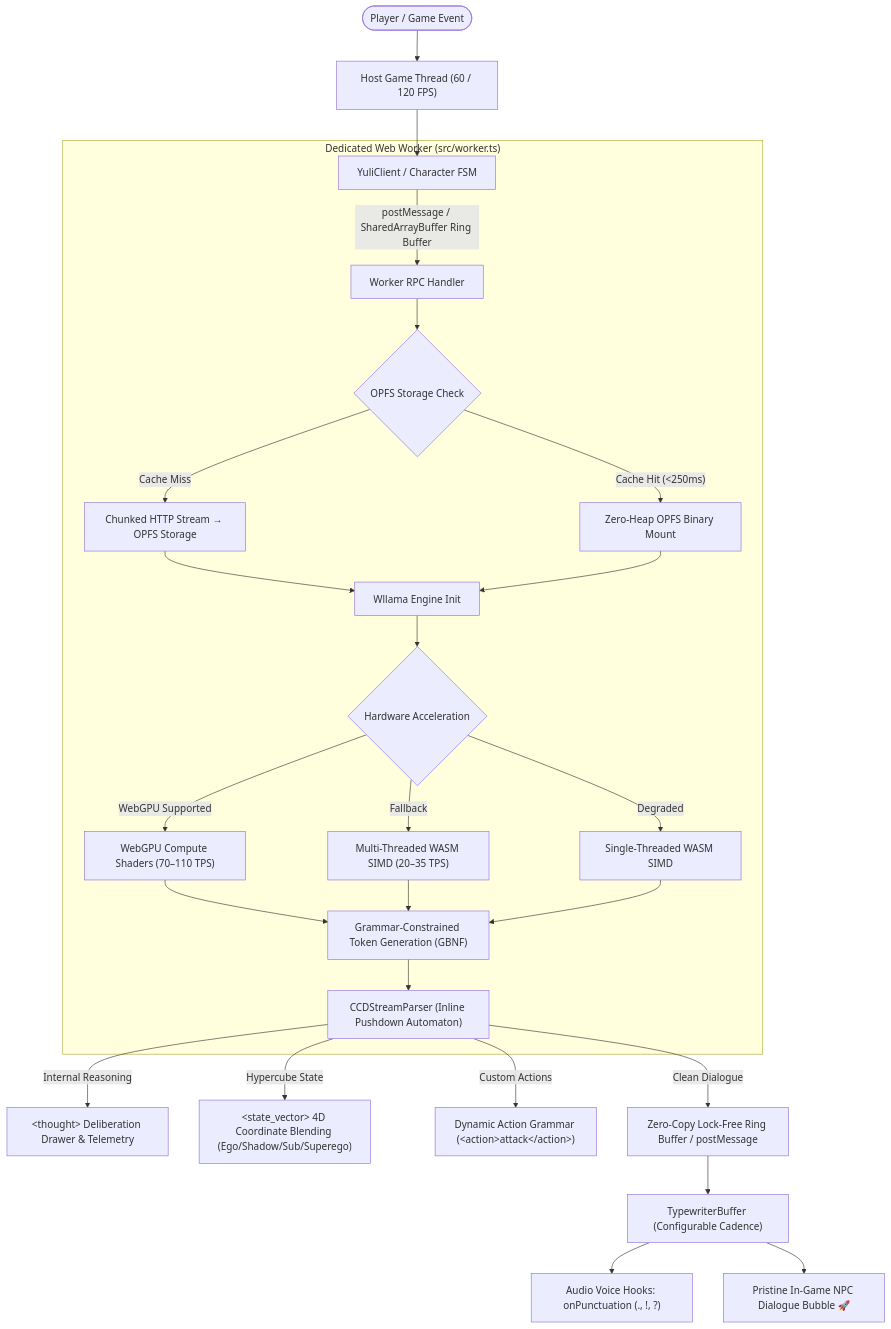
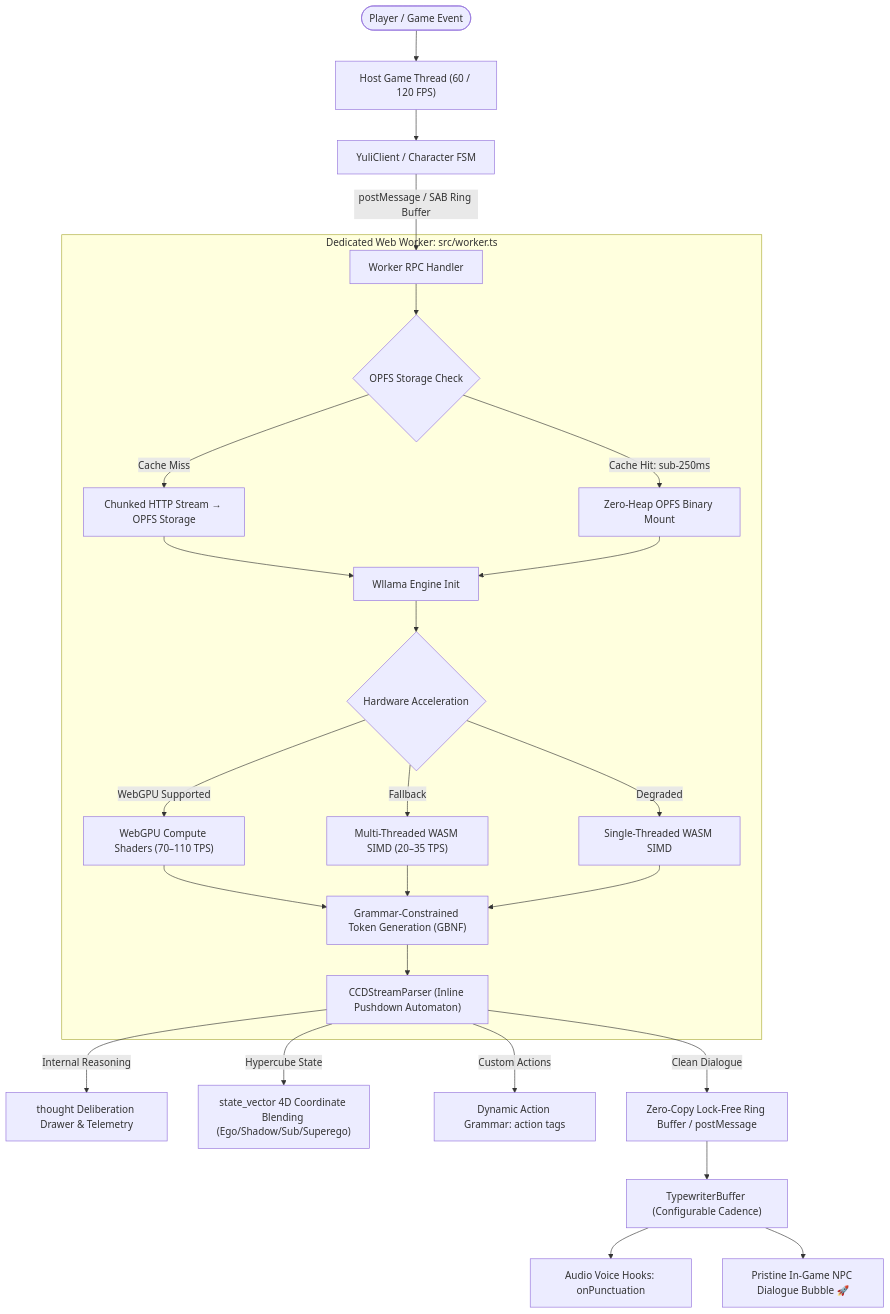
One commit to hoytnix/Yuli-Web changed the diagram in README.md. Above: the diagram before and after it, drawn with Mermaid.

Commit message:
fix(docs): restructure Mermaid graph to resolve GitHub rendering error

````diff
--- a/README.md
+++ b/README.md
@@ -29,35 +29,43 @@
 ```mermaid
-flowchart TD
+graph TD
     Player([Player / Game Event]) --> HostThread["Host Game Thread (60 / 120 FPS)"]
     HostThread --> Client["YuliClient / Character FSM"]
-    
-    subgraph BackgroundWorker ["Dedicated Web Worker (src/worker.ts)"]
-        Client -->|"postMessage / SharedArrayBuffer Ring Buffer"| WorkerRPC["Worker RPC Handler"]
-        WorkerRPC --> StorageCheck{"OPFS Storage Check"}
-        StorageCheck -->|Cache Miss| StreamDownload["Chunked HTTP Stream → OPFS Storage"]
-        StorageCheck -->|"Cache Hit (&lt;250ms)"| MountOPFS["Zero-Heap OPFS Binary Mount"]
-        
-        StreamDownload --> EngineInit["Wllama Engine Init"]
+
+    subgraph BackgroundWorker ["Dedicated Web Worker: src/worker.ts"]
+        WorkerRPC["Worker RPC Handler"]
+        StorageCheck{"OPFS Storage Check"}
+        StreamDownload["Chunked HTTP Stream → OPFS Storage"]
+        MountOPFS["Zero-Heap OPFS Binary Mount"]
+        EngineInit["Wllama Engine Init"]
+        BackendSelect{"Hardware Acceleration"}
+        WebGPU["WebGPU Compute Shaders (70–110 TPS)"]
+        WasmMulti["Multi-Threaded WASM SIMD (20–35 TPS)"]
+        WasmSingle["Single-Threaded WASM SIMD"]
+        Inference["Grammar-Constrained Token Generation (GBNF)"]
+        PDA["CCDStreamParser (Inline Pushdown Automaton)"]
+
+        WorkerRPC --> StorageCheck
+        StorageCheck -->|Cache Miss| StreamDownload
+        StorageCheck -->|Cache Hit: sub-250ms| MountOPFS
+        StreamDownload --> EngineInit
         MountOPFS --> EngineInit
-        
-        EngineInit --> BackendSelect{"Hardware Acceleration"}
-        BackendSelect -->|WebGPU Supported| WebGPU["WebGPU Compute Shaders (70–110 TPS)"]
-        BackendSelect -->|Fallback| WasmMulti["Multi-Threaded WASM SIMD (20–35 TPS)"]
-        BackendSelect -->|Degraded| WasmSingle["Single-Threaded WASM SIMD"]
-        
-        WebGPU --> Inference["Grammar-Constrained Token Generation (GBNF)"]
+        EngineInit --> BackendSelect
+        BackendSelect -->|WebGPU Supported| WebGPU
+        BackendSelect -->|Fallback| WasmMulti
+        BackendSelect -->|Degraded| WasmSingle
+        WebGPU --> Inference
         WasmMulti --> Inference
         WasmSingle --> Inference
-        
-        Inference --> PDA["CCDStreamParser (Inline Pushdown Automaton)"]
+        Inference --> PDA
     end
-    
-    PDA -->|Internal Reasoning| ThoughtStream["&lt;thought&gt; Deliberation Drawer & Telemetry"]
-    PDA -->|Hypercube State| StateVector["&lt;state_vector&gt; 4D Coordinate Blending (Ego/Shadow/Sub/Superego)"]
-    PDA -->|Custom Actions| ActionParser["Dynamic Action Grammar (&lt;action&gt;attack&lt;/action&gt;)"]
+
+    Client -->|postMessage / SAB Ring Buffer| WorkerRPC
+    PDA -->|Internal Reasoning| ThoughtStream["thought Deliberation Drawer & Telemetry"]
+    PDA -->|Hypercube State| StateVector["state_vector 4D Coordinate Blending (Ego/Shadow/Sub/Superego)"]
+    PDA -->|Custom Actions| ActionParser["Dynamic Action Grammar: action tags"]
     PDA -->|Clean Dialogue| RingBuffer["Zero-Copy Lock-Free Ring Buffer / postMessage"]
-    
+
     RingBuffer --> Typewriter["TypewriterBuffer (Configurable Cadence)"]
-    Typewriter --> AudioHooks["Audio Voice Hooks: onPunctuation (., !, ?)"]
+    Typewriter --> AudioHooks["Audio Voice Hooks: onPunctuation"]
     Typewriter --> GameUI["Pristine In-Game NPC Dialogue Bubble 🚀"]
 ```
````
